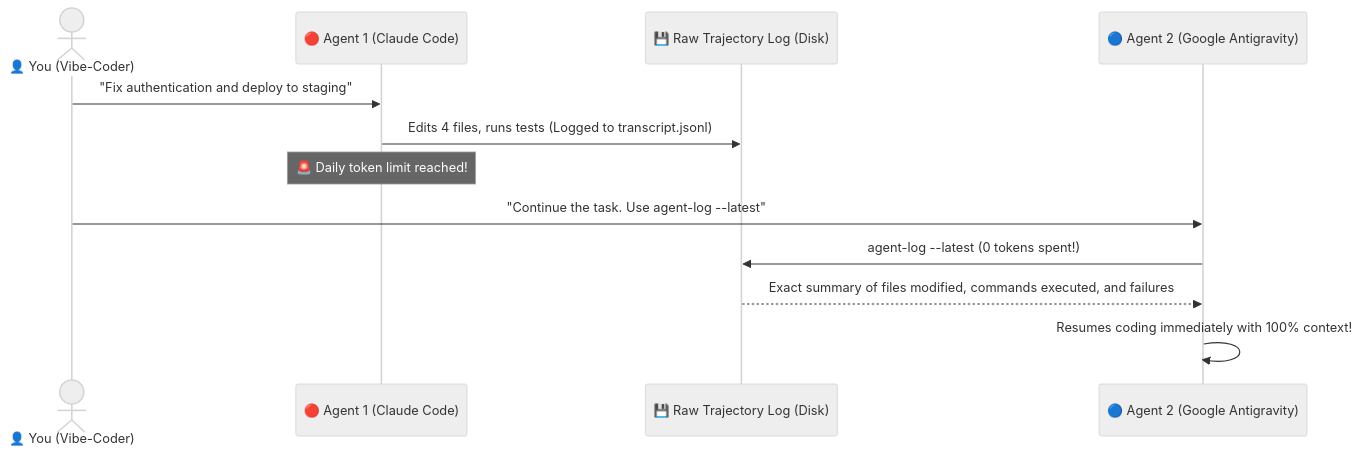
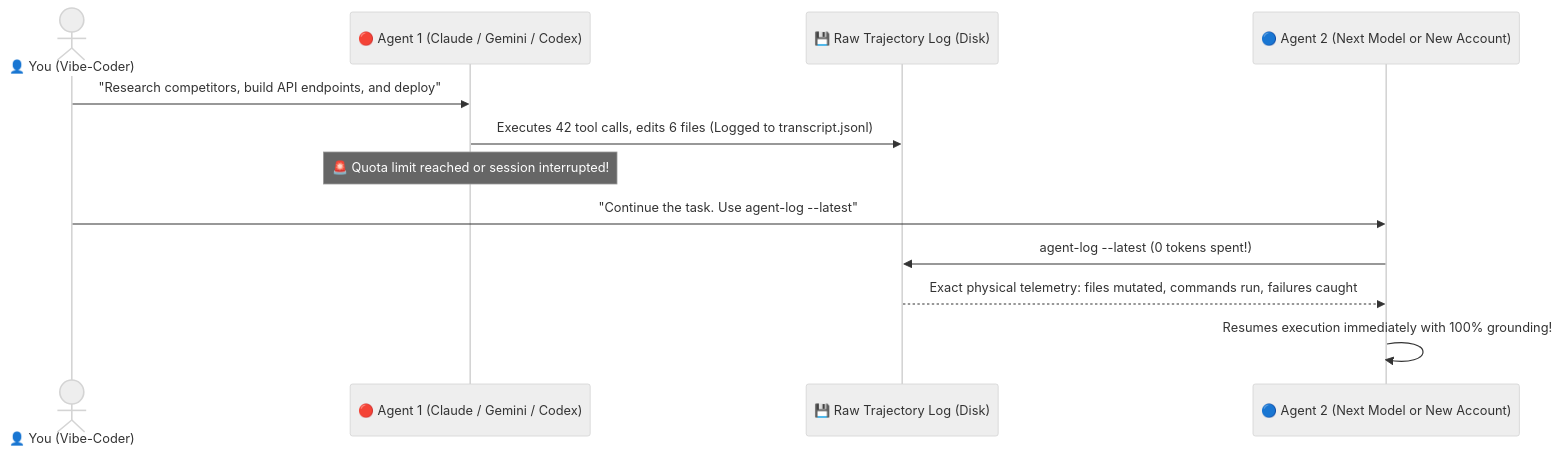
One commit to Gabrielrtads/agent-log changed the second of 3 diagrams in README.md. Above: the diagram before and after it, drawn with Mermaid (neutral theme). The commit also changed other lines of this file, not shown here.

````diff
--- a/README.md
+++ b/README.md
@@ -42,15 +67,15 @@
 ```mermaid
 sequenceDiagram
     actor You as 👤 You (Vibe-Coder)
-    participant A as 🔴 Agent 1 (Claude Code)
+    participant A as 🔴 Agent 1 (Claude / Gemini / Codex)
     participant Disk as 💾 Raw Trajectory Log (Disk)
-    participant B as 🔵 Agent 2 (Google Antigravity)
+    participant B as 🔵 Agent 2 (Next Model or New Account)
 
-    You->>A: "Fix authentication and deploy to staging"
-    A->>Disk: Edits 4 files, runs tests (Logged to transcript.jsonl)
-    Note over A: 🚨 Daily token limit reached!
+    You->>A: "Research competitors, build API endpoints, and deploy"
+    A->>Disk: Executes 42 tool calls, edits 6 files (Logged to transcript.jsonl)
+    Note over A: 🚨 Quota limit reached or session interrupted!
     You->>B: "Continue the task. Use agent-log --latest"
     B->>Disk: agent-log --latest (0 tokens spent!)
-    Disk-->>B: Exact summary of files modified, commands executed, and failures
-    B->>B: Resumes coding immediately with 100% context!
+    Disk-->>B: Exact physical telemetry: files mutated, commands run, failures caught
+    B->>B: Resumes execution immediately with 100% grounding!
 ```
````
